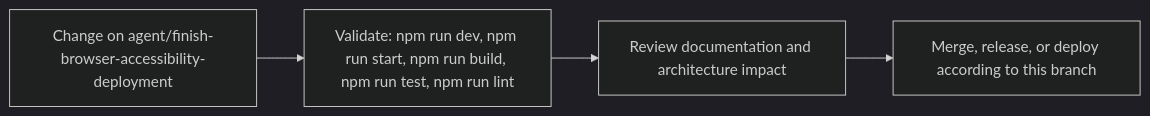
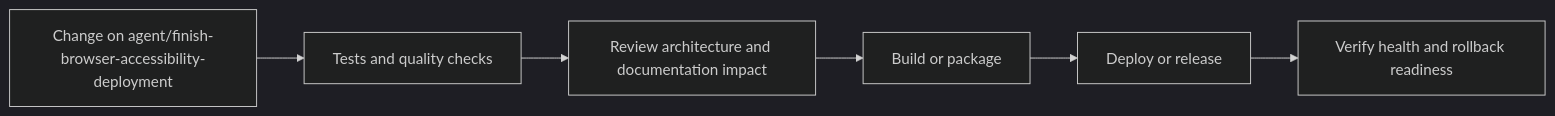
One commit to Nischhalsubba/BindForge-NW changed the fifth of 6 diagrams in README.md. Above: the diagram before and after it, drawn with Mermaid (dark theme). The commit also changed other lines of this file, not shown here.

````diff
--- a/README.md
+++ b/README.md
@@ -87,8 +183,8 @@
 ```mermaid
 flowchart LR
-    CHANGE["Change on agent/finish-browser-accessibility-deployment"]
-    CHECK["Validate: npm run dev, npm run start, npm run build, npm run test, npm run lint"]
-    REVIEW["Review documentation and architecture impact"]
-    RELEASE["Merge, release, or deploy according to this branch"]
-    CHANGE --> CHECK --> REVIEW --> RELEASE
+    CHANGE["Change on agent/finish-browser-accessibility-deployment"] --> CHECK["Tests and quality checks"]
+    CHECK --> REVIEW["Review architecture and documentation impact"]
+    REVIEW --> BUILD["Build or package"]
+    BUILD --> DEPLOY["Deploy or release"]
+    DEPLOY --> VERIFY["Verify health and rollback readiness"]
 ```
````
